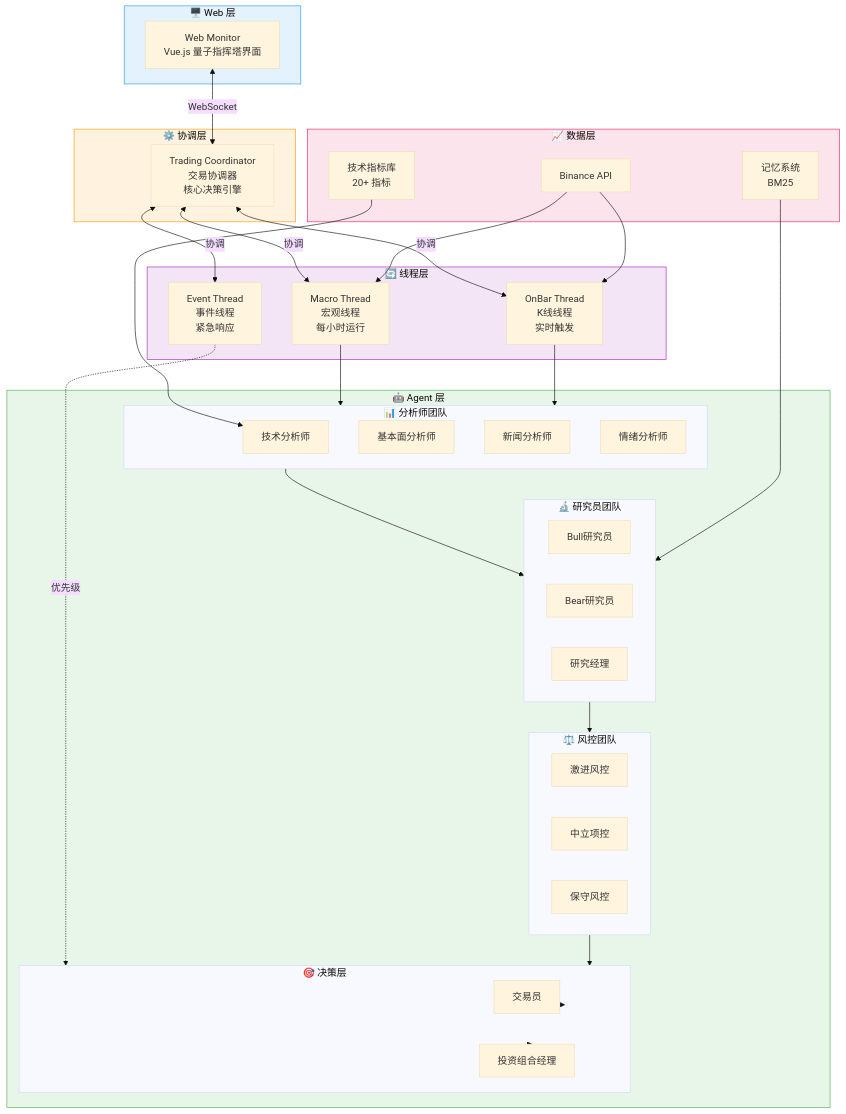
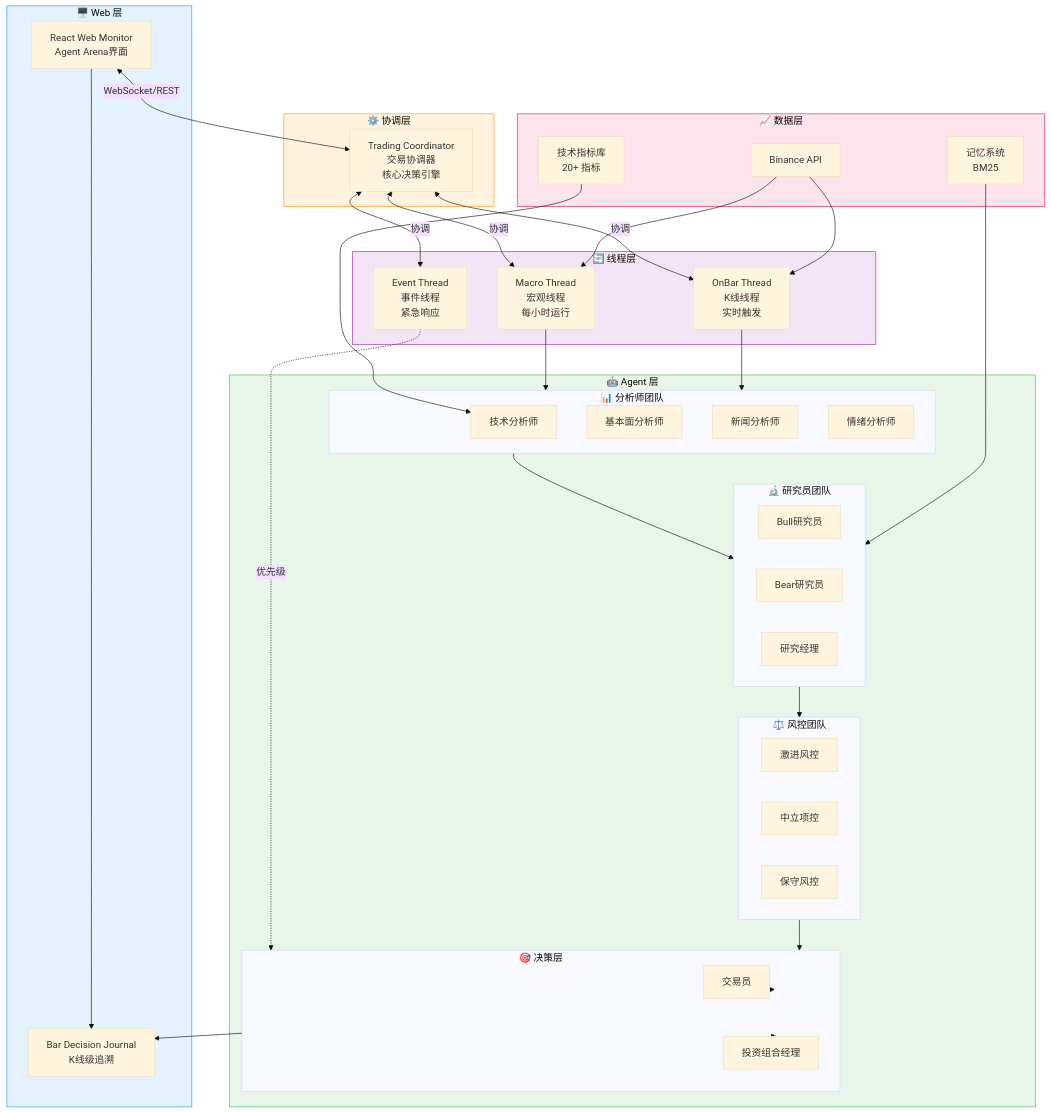
Before and after one commit to encyc/vibe-trading: the first of 2 diagrams in docs/guide/architecture.md, drawn with Mermaid (base theme). The commit also changed other lines of this file and 11 other files, not shown here.

````diff
--- a/docs/guide/architecture.md
+++ b/docs/guide/architecture.md
@@ -9,75 +9,78 @@
 ```mermaid
 graph TB
     subgraph Web["🖥️ Web 层"]
-        Monitor[Web Monitor<br/>Vue.js 量子指挥塔界面]
+        Monitor[React Web Monitor<br/>Agent Arena界面]
+        Journal[Bar Decision Journal<br/>K线级追溯]
     end
 
     subgraph Coord["⚙️ 协调层"]
         Coordinator[Trading Coordinator<br/>交易协调器<br/>核心决策引擎]
     end
 
     subgraph Threads["🔄 线程层"]
         Macro[Macro Thread<br/>宏观线程<br/>每小时运行]
         OnBar[OnBar Thread<br/>K线线程<br/>实时触发]
         Event[Event Thread<br/>事件线程<br/>紧急响应]
     end
 
     subgraph Agents["🤖 Agent 层"]
         subgraph Analysts["📊 分析师团队"]
             Tech[技术分析师]
             Fund[基本面分析师]
             News[新闻分析师]
             Sent[情绪分析师]
         end
 
         subgraph Researchers["🔬 研究员团队"]
             Bull[Bull研究员]
             Bear[Bear研究员]
             RM[研究经理]
         end
 
         subgraph Risk["⚖️ 风控团队"]
             Agg[激进风控]
             Neu[中立项控]
             Cons[保守风控]
         end
 
         subgraph Decision["🎯 决策层"]
             Trader[交易员]
             PM[投资组合经理]
         end
     end
 
     subgraph Data["📈 数据层"]
         Binance[Binance API]
         Memory[记忆系统<br/>BM25]
         Tools[技术指标库<br/>20+ 指标]
     end
 
-    Monitor <--WebSocket--> Coordinator
+    Monitor <--WebSocket/REST--> Coordinator
+    Monitor --> Journal
     Coordinator <--协调--> Macro
     Coordinator <--协调--> OnBar
     Coordinator <--协调--> Event
 
     Macro --> Analysts
     OnBar --> Analysts
     Event -.->|优先级| Decision
 
     Analysts --> Researchers
     Researchers --> Risk
     Risk --> Decision
 
     Decision --> Trader
     Decision --> PM
+    Decision --> Journal
 
     Binance --> Macro
     Binance --> OnBar
     Memory --> Researchers
     Tools --> Tech
 
     style Web fill:#e3f2fd,stroke:#2196f3
     style Coord fill:#fff3e0,stroke:#ff9800
     style Threads fill:#f3e5f5,stroke:#9c27b0
     style Agents fill:#e8f5e9,stroke:#4caf50
     style Data fill:#fce4ec,stroke:#e91e63
 ```
````
